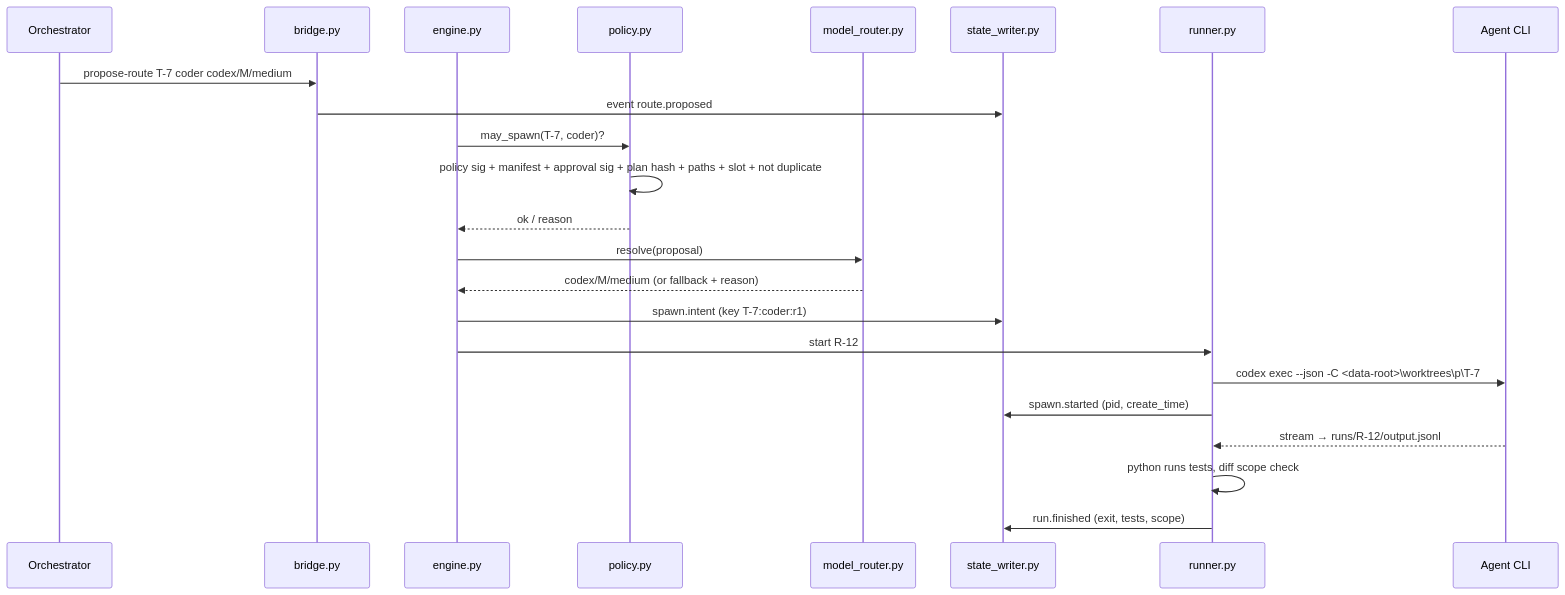
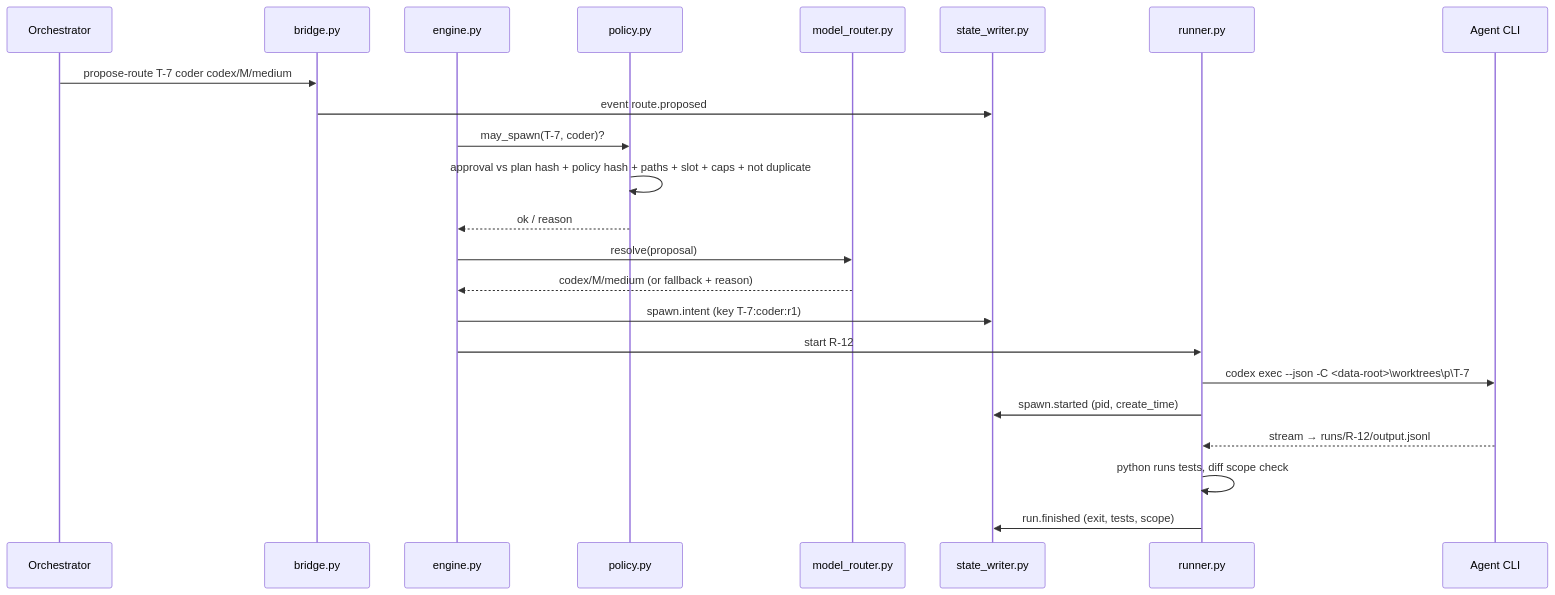
Before and after one commit to wunzent/honeyguide: the second of 6 diagrams in docs/ARCHITECTURE.md, drawn with Mermaid. The commit also changed other lines of this file and 38 other files, not shown here.

````diff
--- a/docs/ARCHITECTURE.md
+++ b/docs/ARCHITECTURE.md
@@ -278,25 +232,25 @@
 ```mermaid
 sequenceDiagram
   participant ORC as Orchestrator
   participant BR as bridge.py
   participant ENG as engine.py
   participant POL as policy.py
   participant RT as model_router.py
   participant SW as state_writer.py
   participant RUN as runner.py
   participant AG as Agent CLI
   ORC->>BR: propose-route T-7 coder codex/M/medium
   BR->>SW: event route.proposed
   ENG->>POL: may_spawn(T-7, coder)?
-  POL->>POL: policy sig + manifest + approval sig + plan hash + paths + slot + not duplicate
+  POL->>POL: approval vs plan hash + policy hash + paths + slot + caps + not duplicate
   POL-->>ENG: ok / reason
   ENG->>RT: resolve(proposal)
   RT-->>ENG: codex/M/medium (or fallback + reason)
   ENG->>SW: spawn.intent (key T-7:coder:r1)
   ENG->>RUN: start R-12
   RUN->>AG: codex exec --json -C <data-root>\worktrees\p\T-7
   RUN->>SW: spawn.started (pid, create_time)
   AG-->>RUN: stream → runs/R-12/output.jsonl
   RUN->>RUN: python runs tests, diff scope check
   RUN->>SW: run.finished (exit, tests, scope)
 ```
````
